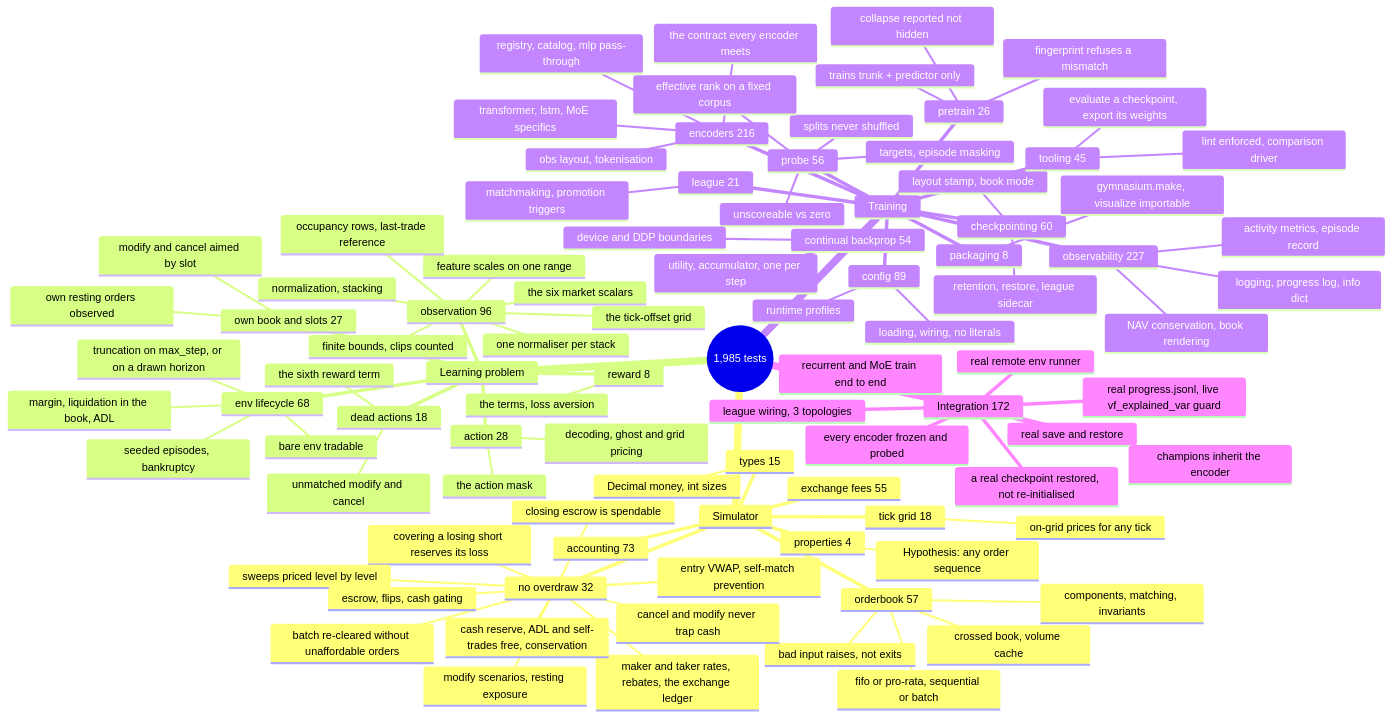
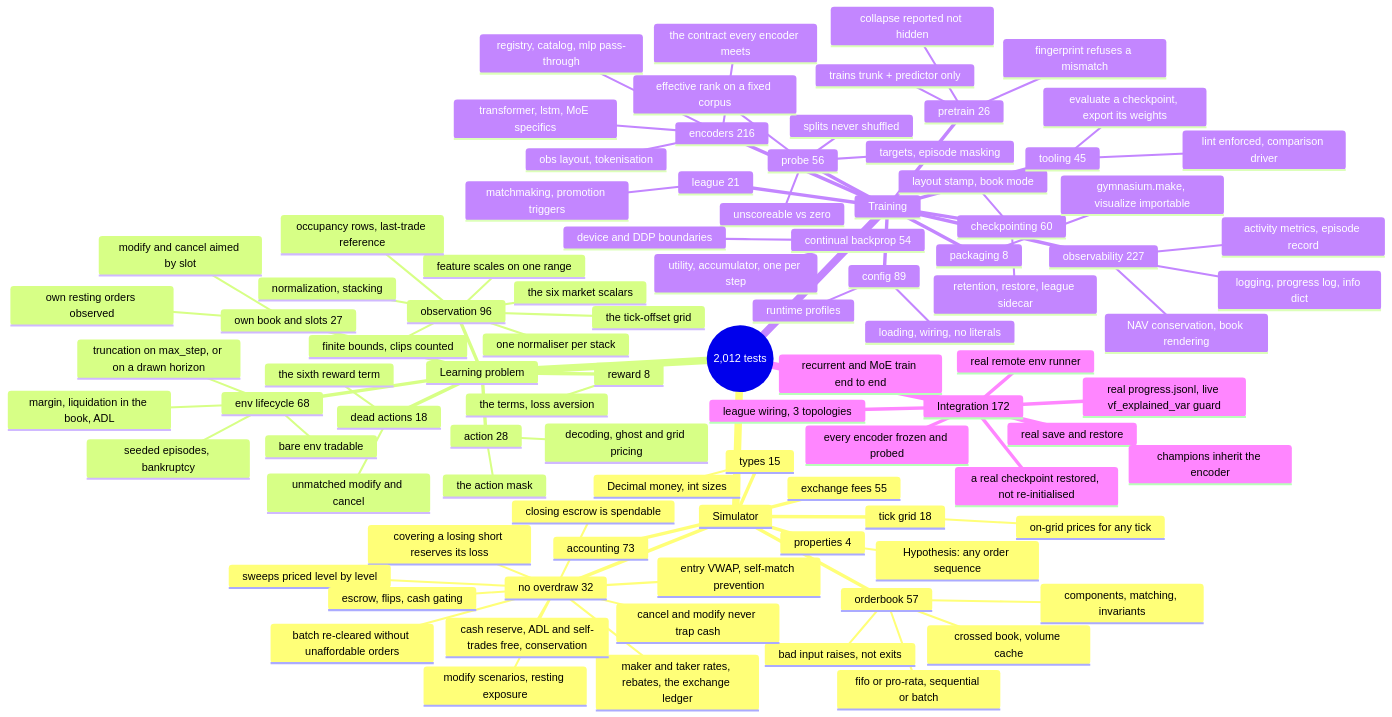
The diagram in doc/10_testing.md (ChuaCheowHuan/gym-continuousDoubleAuction), drawn with Mermaid before and after one commit. The commit also changed other lines of this file and 11 other files, not shown here.

````diff
--- a/doc/10_testing.md
+++ b/doc/10_testing.md
@@ -161,6 +163,6 @@
 ```mermaid
 mindmap
-  root((1,985 tests))
+  root((2,012 tests))
     Simulator
       orderbook 57
         components, matching, invariants
````
